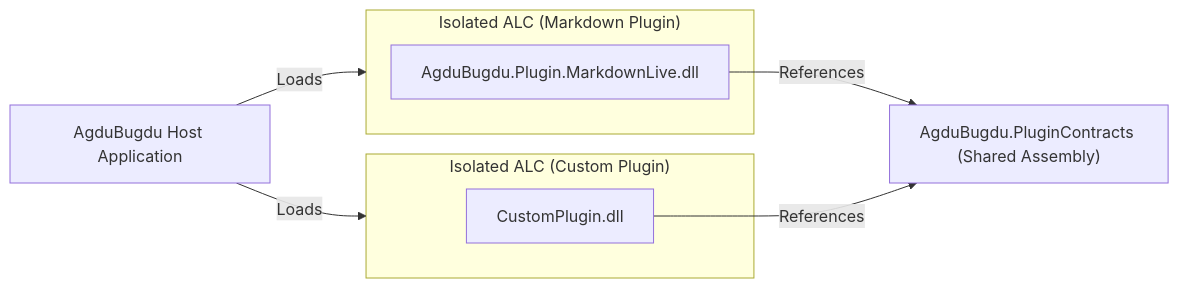
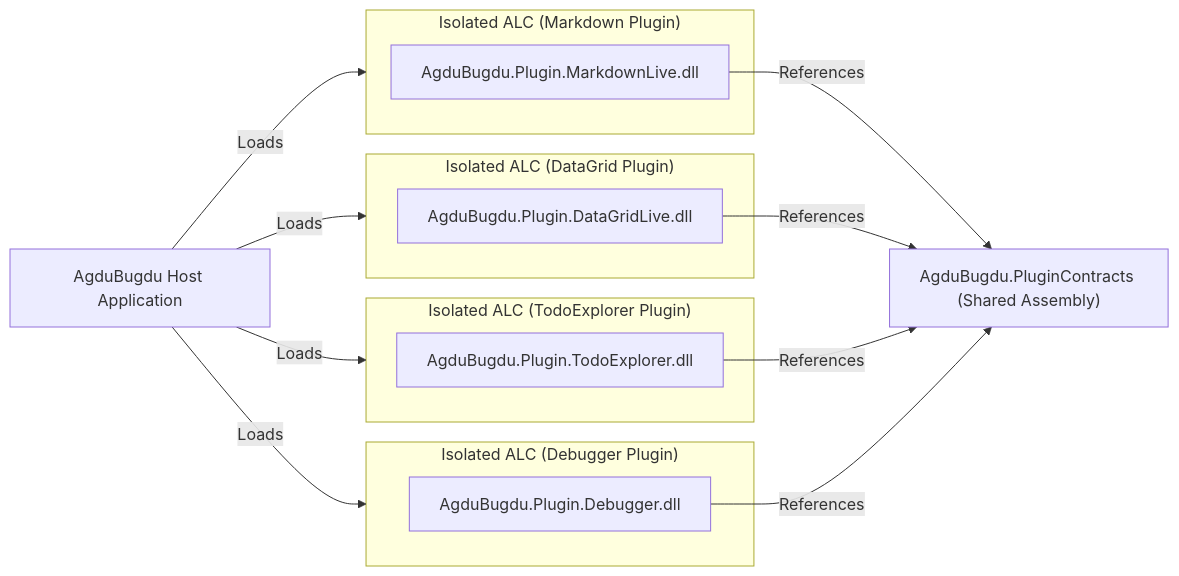
Before and after one commit to indoctrinatedrecluse/AgduBugdu: the second of 2 diagrams in README.md, drawn with Mermaid. The commit also changed other lines of this file and 31 other files, not shown here.

Commit message:
feat(plugins): add DataGridLive, TodoExplorer, and Run & Debugger Workbench extensions

````diff
--- a/README.md
+++ b/README.md
@@ -126,18 +138,27 @@
 ```mermaid
 flowchart LR
     HostApp["AgduBugdu Host Application"]
     Contracts["AgduBugdu.PluginContracts (Shared Assembly)"]
     
     subgraph ALC1 ["Isolated ALC (Markdown Plugin)"]
         MarkdownExt["AgduBugdu.Plugin.MarkdownLive.dll"]
     end
     
-    subgraph ALC2 ["Isolated ALC (Custom Plugin)"]
-        CustomExt["CustomPlugin.dll"]
+    subgraph ALC2 ["Isolated ALC (DataGrid Plugin)"]
+        DataGridExt["AgduBugdu.Plugin.DataGridLive.dll"]
     end
 
-    HostApp -->|Loads| ALC1
-    HostApp -->|Loads| ALC2
+    subgraph ALC3 ["Isolated ALC (TodoExplorer Plugin)"]
+        TodoExt["AgduBugdu.Plugin.TodoExplorer.dll"]
+    end
+
+    subgraph ALC4 ["Isolated ALC (Debugger Plugin)"]
+        DebuggerExt["AgduBugdu.Plugin.Debugger.dll"]
+    end
+
+    HostApp -->|Loads| ALC1 & ALC2 & ALC3 & ALC4
     MarkdownExt -->|References| Contracts
-    CustomExt -->|References| Contracts
+    DataGridExt -->|References| Contracts
+    TodoExt -->|References| Contracts
+    DebuggerExt -->|References| Contracts
 ```
````
